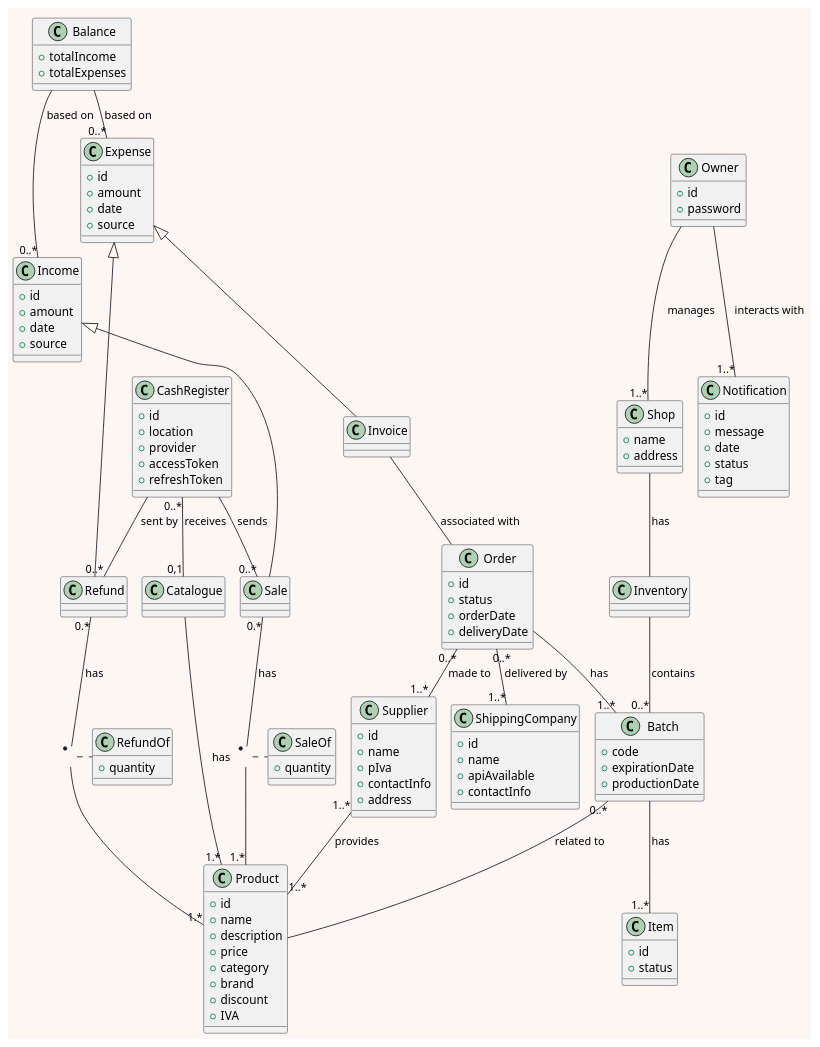
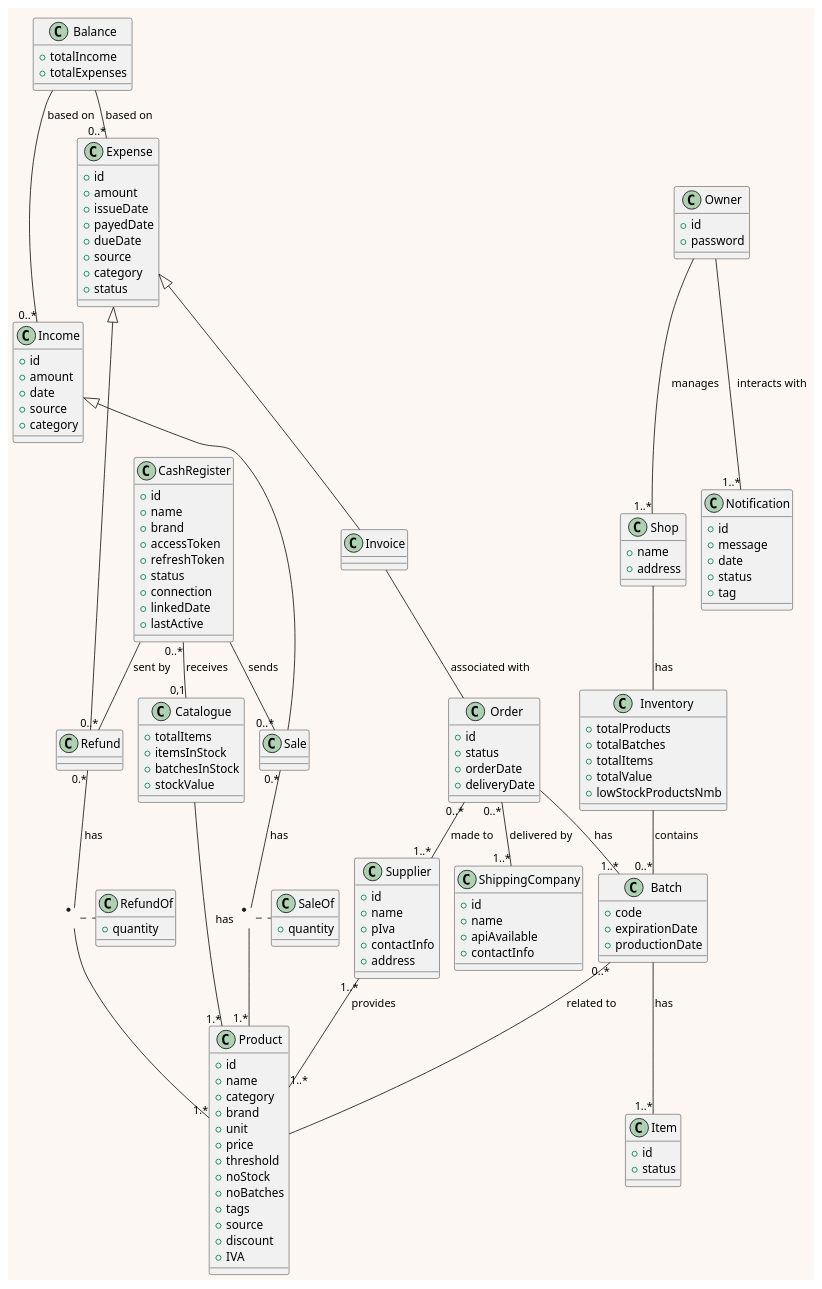
One commit to Giuseppeclv008/Project changed the second of 3 diagrams in res/plantuml/diagrams.md. Above: the diagram before and after it, drawn with PlantUML. The commit also changed 1 other file, not shown here.

Commit message:
feat: extended list of attributes for many classes

```diff
--- a/res/plantuml/diagrams.md
+++ b/res/plantuml/diagrams.md
@@ -34,10 +34,15 @@
 class Product {
     + id
     + name
-    + description
-    + price
     + category
     + brand
+    + unit
+    + price
+    + threshold
+    + noStock
+    + noBatches
+    + tags
+    + source
     + discount
     + IVA
 }
@@ -60,9 +65,18 @@
 }
 
 class Catalogue {
+    + totalItems
+    + itemsInStock
+    + batchesInStock
+    + stockValue
 }
 
 class Inventory {
+    + totalProducts
+    + totalBatches
+    + totalItems
+    + totalValue
+    + lowStockProductsNmb
 }
 
 class Supplier {
@@ -88,13 +102,18 @@
     + amount
     + date
     + source
+    + category
 }
 
 class Expense {
     + id
     + amount
-    + date
+    + issueDate
+    + payedDate
+    + dueDate
     + source
+    + category
+    + status
 }
 
 class Balance {
@@ -109,10 +128,14 @@
 
 class CashRegister {
     + id
-    + location
-    + provider
+    + name
+    + brand
     + accessToken
     + refreshToken
+    + status
+    + connection
+    + linkedDate
+    + lastActive
 }
 
 class ShippingCompany {
```
